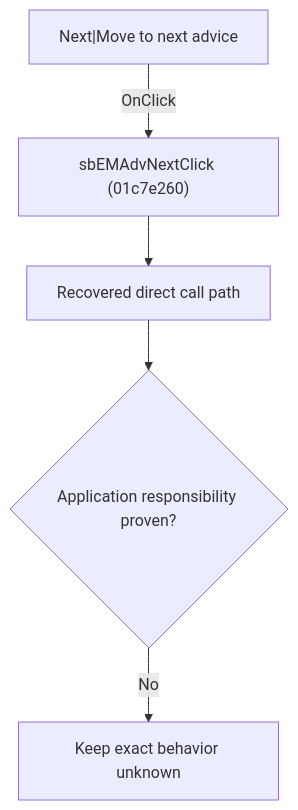
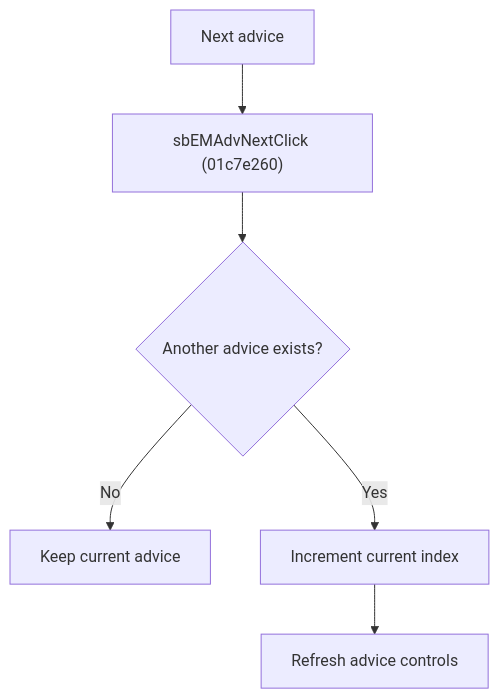
The diagram in docs/ui-controls/schematiceditor/sbemadvnext-f2d96ea639.md (MovGP0/TIARA), drawn with Mermaid before and after one commit. The commit also changed other lines of this file and 241 other files, not shown here.

````diff
--- a/docs/ui-controls/schematiceditor/sbemadvnext-f2d96ea639.md
+++ b/docs/ui-controls/schematiceditor/sbemadvnext-f2d96ea639.md
@@ -27,7 +20,8 @@
 ```mermaid
 flowchart TD
-    control["Next|Move to next advice"] -->|"OnClick"| handler["sbEMAdvNextClick (01c7e260)"]
-    handler --> recovered["Recovered direct call path"]
-    recovered --> gap{"Application responsibility proven?"}
-    gap -->|"No"| blocked["Keep exact behavior unknown"]
+    control["Next advice"] --> handler["sbEMAdvNextClick (01c7e260)"]
+    handler --> available{"Another advice exists?"}
+    available -->|"No"| noop["Keep current advice"]
+    available -->|"Yes"| next["Increment current index"]
+    next --> refresh["Refresh advice controls"]
 ```
````
